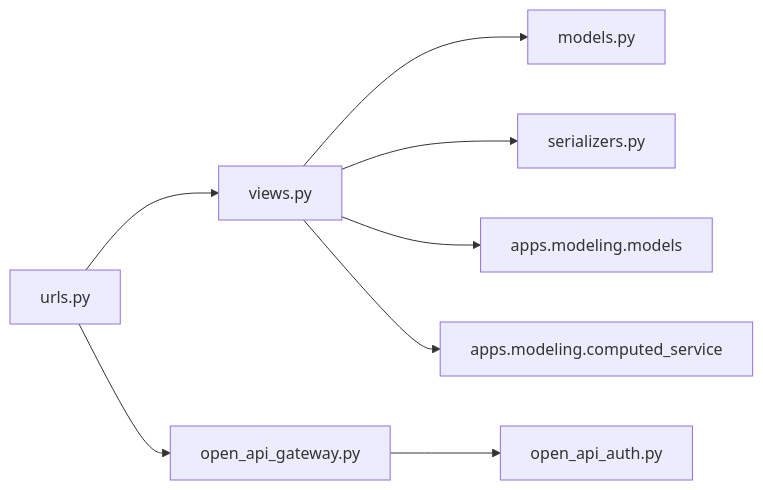
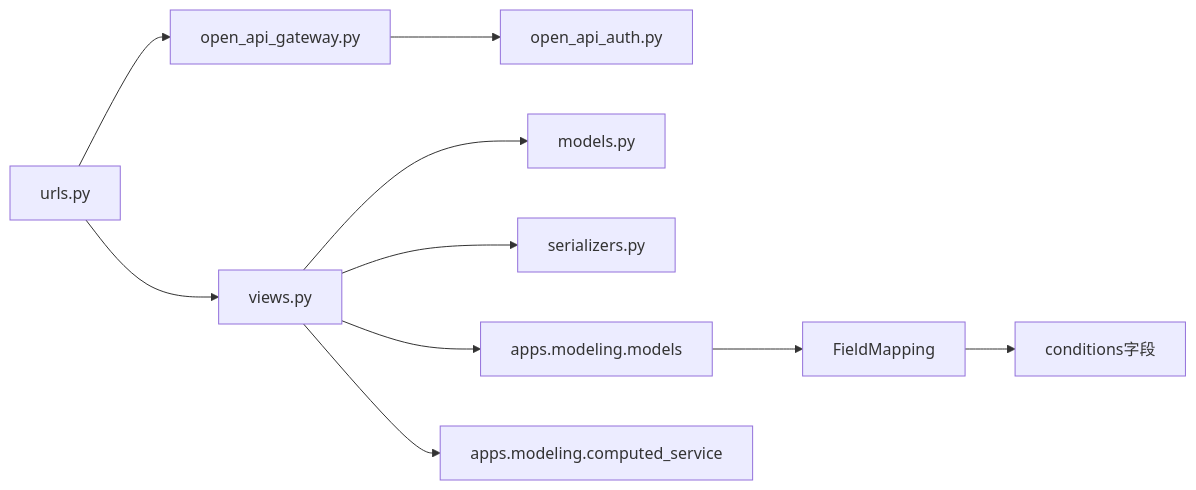
The ninth of 9 diagrams in .qoder/repowiki/zh/content/API参考文档/档案管理API/档案管理API.md (zyp-coder/Metadata), drawn with Mermaid before and after one commit. The commit also changed other lines of this file and 42 other files, not shown here.

````diff
--- a/.qoder/repowiki/zh/content/API参考文档/档案管理API/档案管理API.md
+++ b/.qoder/repowiki/zh/content/API参考文档/档案管理API/档案管理API.md
@@ -326,10 +373,12 @@
 ```mermaid
 graph LR
 U["urls.py"] --> V["views.py"]
 U --> G["open_api_gateway.py"]
 G --> A["open_api_auth.py"]
 V --> M["models.py"]
 V --> S["serializers.py"]
 V --> MD["apps.modeling.models"]
 V --> CS["apps.modeling.computed_service"]
+MD --> FM["FieldMapping"]
+FM --> CT["conditions字段"]
 ```
````
